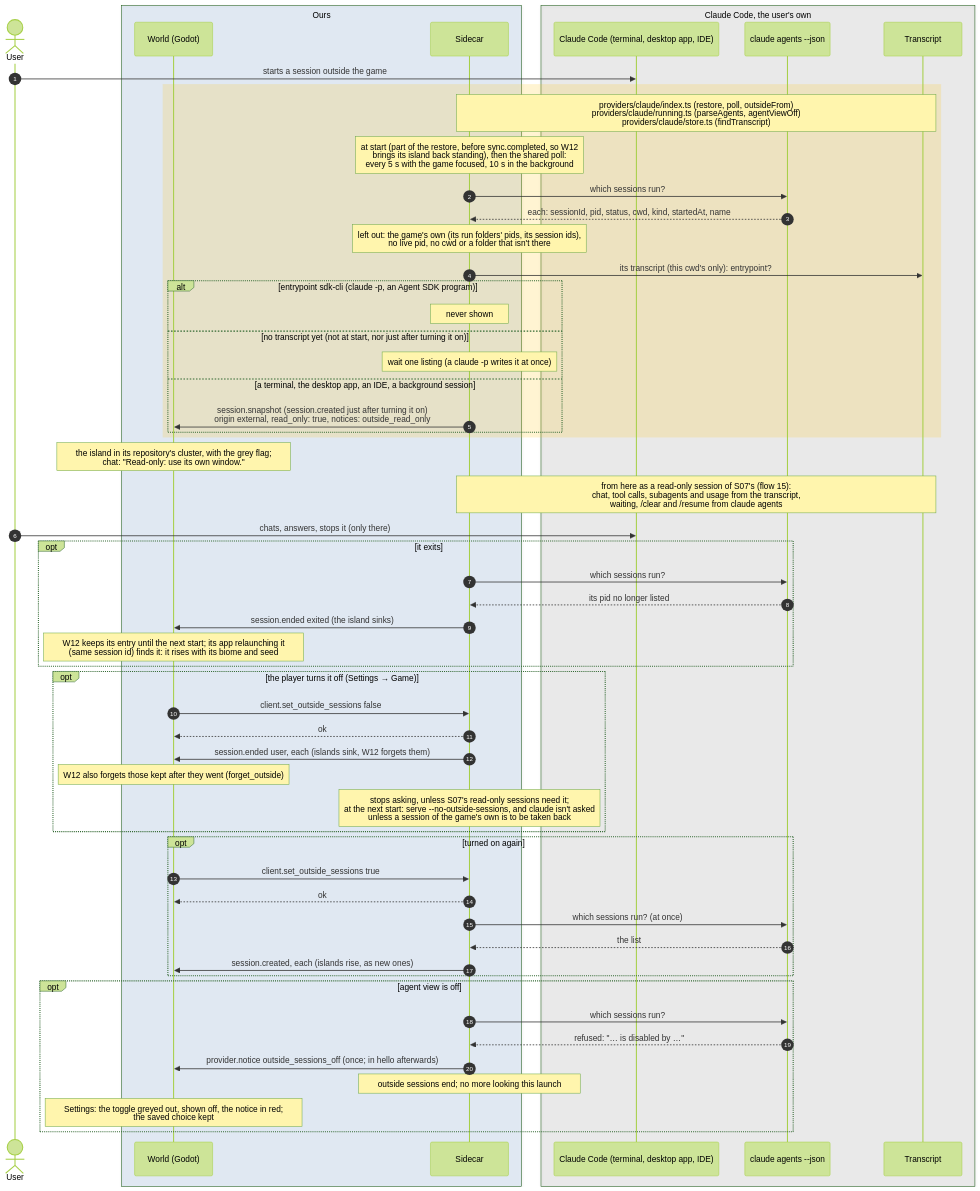
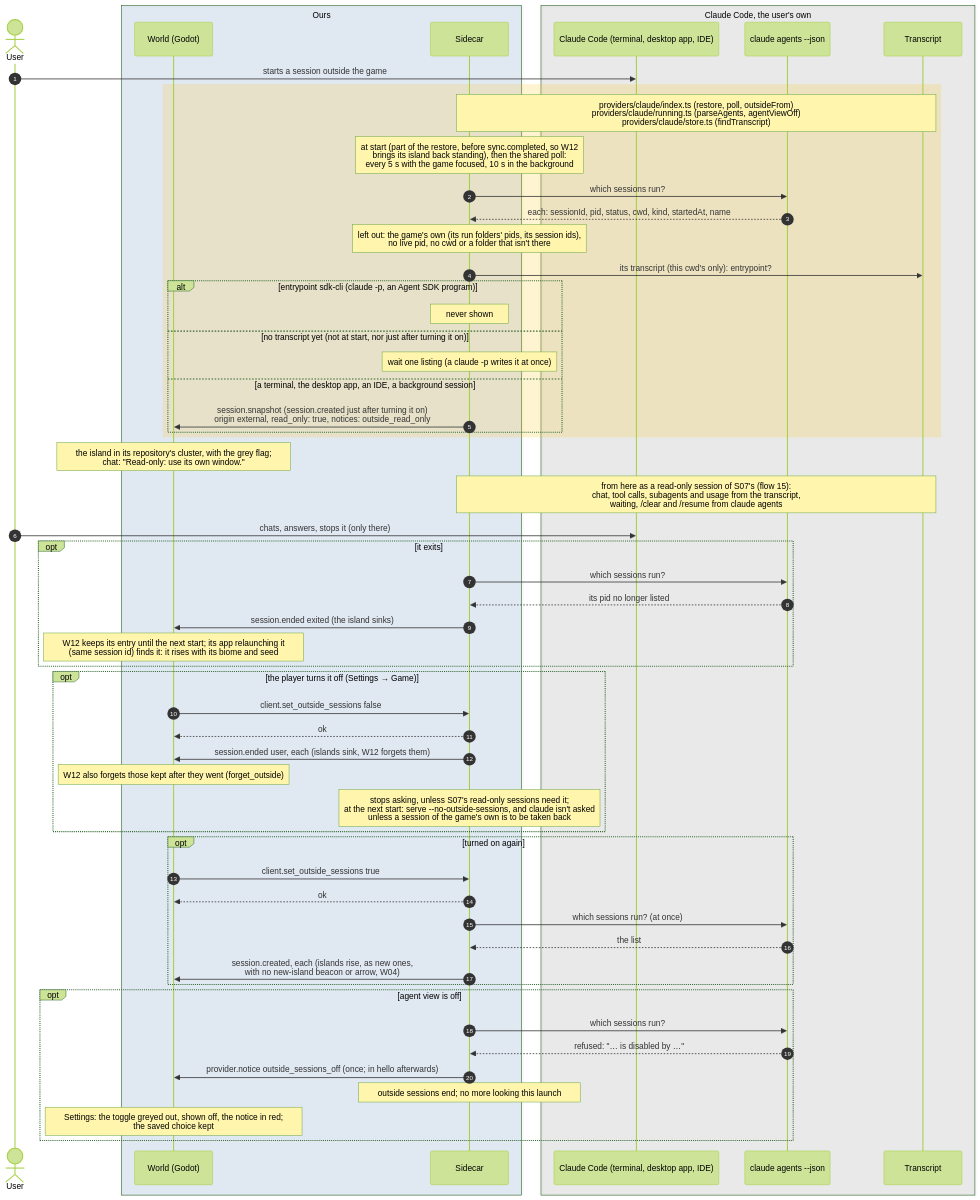
The diagram in docs/diagrams/sequence/16-outside-sessions.md (PaoloPortugal/The-Beach), drawn with Mermaid (forest theme) before and after one commit. The commit also changed 12 other files, not shown here.

````diff
--- a/docs/diagrams/sequence/16-outside-sessions.md
+++ b/docs/diagrams/sequence/16-outside-sessions.md
@@ -7,63 +7,63 @@
 ```mermaid
 sequenceDiagram
     autonumber
     actor User
 
     box rgba(47,111,191,0.12) Ours
         participant World as World (Godot)
         participant Sidecar
     end
 
     box rgba(128,128,128,0.14) Claude Code, the user's own
         participant Claude as Claude Code (terminal, desktop app, IDE)
         participant Agents as claude agents --json
         participant Log as Transcript
     end
 
     User->>Claude: starts a session outside the game
     rect rgba(255,193,7,0.18)
         Note over Sidecar,Log: providers/claude/index.ts (restore, poll, outsideFrom)<br/>providers/claude/running.ts (parseAgents, agentViewOff)<br/>providers/claude/store.ts (findTranscript)
         Note over Sidecar: at start (part of the restore, before sync.completed, so W12<br/>brings its island back standing), then the shared poll:<br/>every 5 s with the game focused, 10 s in the background
         Sidecar->>Agents: which sessions run?
         Agents-->>Sidecar: each: sessionId, pid, status, cwd, kind, startedAt, name
         Note over Sidecar: left out: the game's own (its run folders' pids, its session ids),<br/>no live pid, no cwd or a folder that isn't there
         Sidecar->>Log: its transcript (this cwd's only): entrypoint?
         alt entrypoint sdk-cli (claude -p, an Agent SDK program)
             Note over Sidecar: never shown
         else no transcript yet (not at start, nor just after turning it on)
             Note over Sidecar: wait one listing (a claude -p writes it at once)
         else a terminal, the desktop app, an IDE, a background session
             Sidecar->>World: session.snapshot (session.created just after turning it on)<br/>origin external, read_only: true, notices: outside_read_only
         end
     end
     Note over World: the island in its repository's cluster, with the grey flag#59;<br/>chat: "Read-only: use its own window."
     Note over Sidecar,Log: from here as a read-only session of S07's (flow 15):<br/>chat, tool calls, subagents and usage from the transcript,<br/>waiting, /clear and /resume from claude agents
     User->>Claude: chats, answers, stops it (only there)
     opt it exits
         Sidecar->>Agents: which sessions run?
         Agents-->>Sidecar: its pid no longer listed
         Sidecar->>World: session.ended exited (the island sinks)
         Note over World: W12 keeps its entry until the next start#59; its app relaunching it<br/>(same session id) finds it: it rises with its biome and seed
     end
     opt the player turns it off (Settings → Game)
         World->>Sidecar: client.set_outside_sessions false
         Sidecar-->>World: ok
         Sidecar->>World: session.ended user, each (islands sink, W12 forgets them)
         Note over World: W12 also forgets those kept after they went (forget_outside)
         Note over Sidecar: stops asking, unless S07's read-only sessions need it#59;<br/>at the next start: serve --no-outside-sessions, and claude isn't asked<br/>unless a session of the game's own is to be taken back
     end
     opt turned on again
         World->>Sidecar: client.set_outside_sessions true
         Sidecar-->>World: ok
         Sidecar->>Agents: which sessions run? (at once)
         Agents-->>Sidecar: the list
-        Sidecar->>World: session.created, each (islands rise, as new ones)
+        Sidecar->>World: session.created, each (islands rise, as new ones,<br/>with no new-island beacon or arrow, W04)
     end
     opt agent view is off
         Sidecar->>Agents: which sessions run?
         Agents-->>Sidecar: refused: "… is disabled by …"
         Sidecar->>World: provider.notice outside_sessions_off (once#59; in hello afterwards)
         Note over Sidecar: outside sessions end#59; no more looking this launch
         Note over World: Settings: the toggle greyed out, shown off, the notice in red#59;<br/>the saved choice kept
     end
 ```
````
